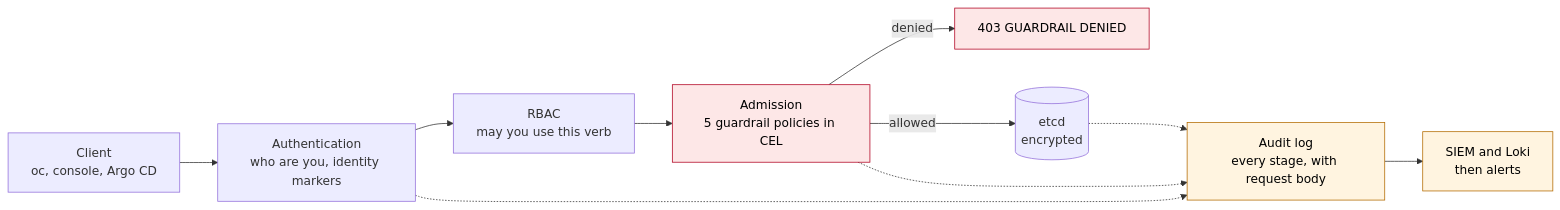
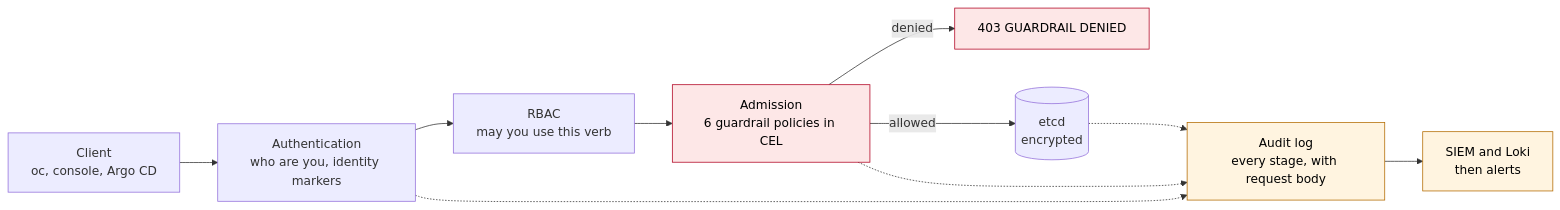
Before and after one commit to a2z-ice/openshift-gaurdtail: the seventh of 13 diagrams in docs/18-the-story.md, drawn with Mermaid. The commit also changed other lines of this file and 61 other files, not shown here.

````diff
--- a/docs/18-the-story.md
+++ b/docs/18-the-story.md
@@ -260,16 +260,16 @@
 ```mermaid
 flowchart LR
     CL["Client<br/>oc, console, Argo CD"] --> AUTHN["Authentication<br/>who are you, identity markers"]
     AUTHN --> AUTHZ["RBAC<br/>may you use this verb"]
-    AUTHZ --> ADM["Admission<br/>5 guardrail policies in CEL"]
+    AUTHZ --> ADM["Admission<br/>6 guardrail policies in CEL"]
     ADM -- "denied" --> DENY["403 GUARDRAIL DENIED"]
     ADM -- "allowed" --> ETCD[("etcd<br/>encrypted")]
     AUTHN -.-> AUD["Audit log<br/>every stage, with request body"]
     ADM -.-> AUD
     ETCD -.-> AUD
     AUD --> OUT["SIEM and Loki<br/>then alerts"]
     classDef control fill:#fde7e7,stroke:#b00020,color:#000
     classDef detect fill:#fff4e0,stroke:#b36b00,color:#000
     class ADM,DENY control
     class AUD,OUT detect
 ```
````
